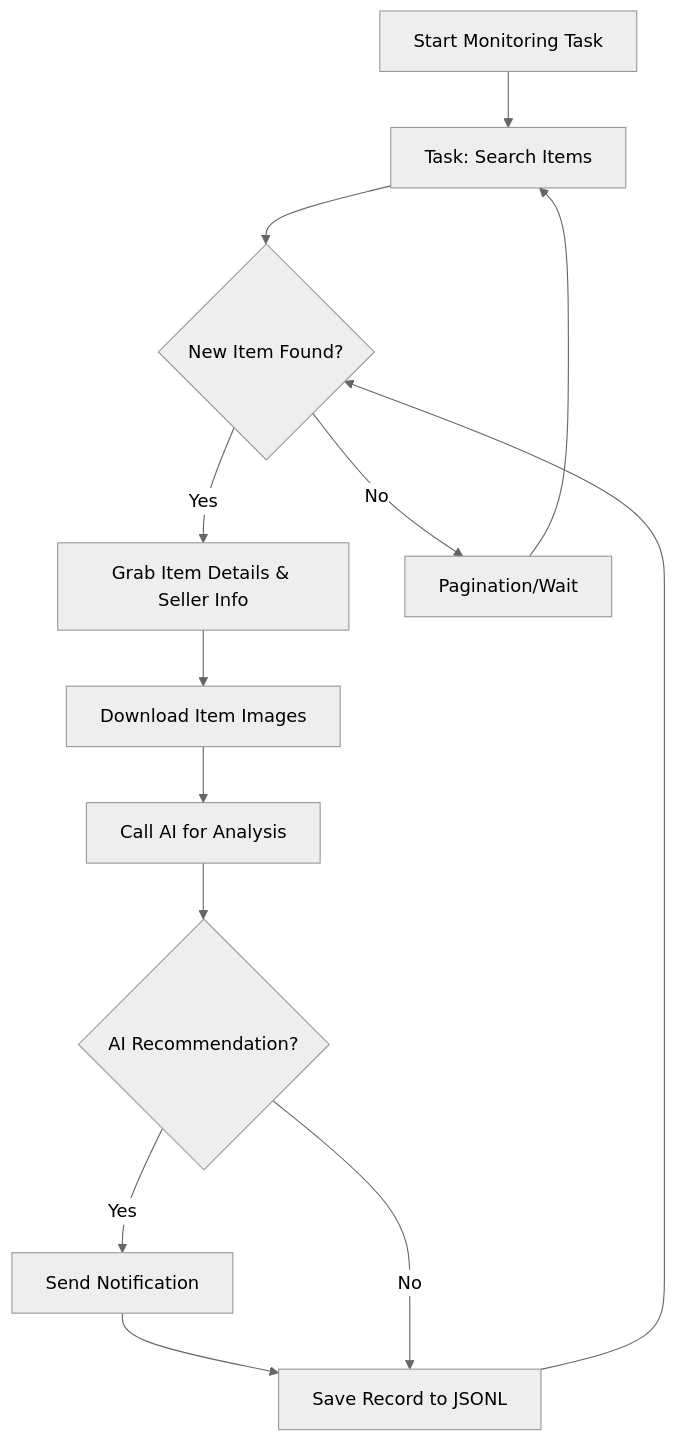
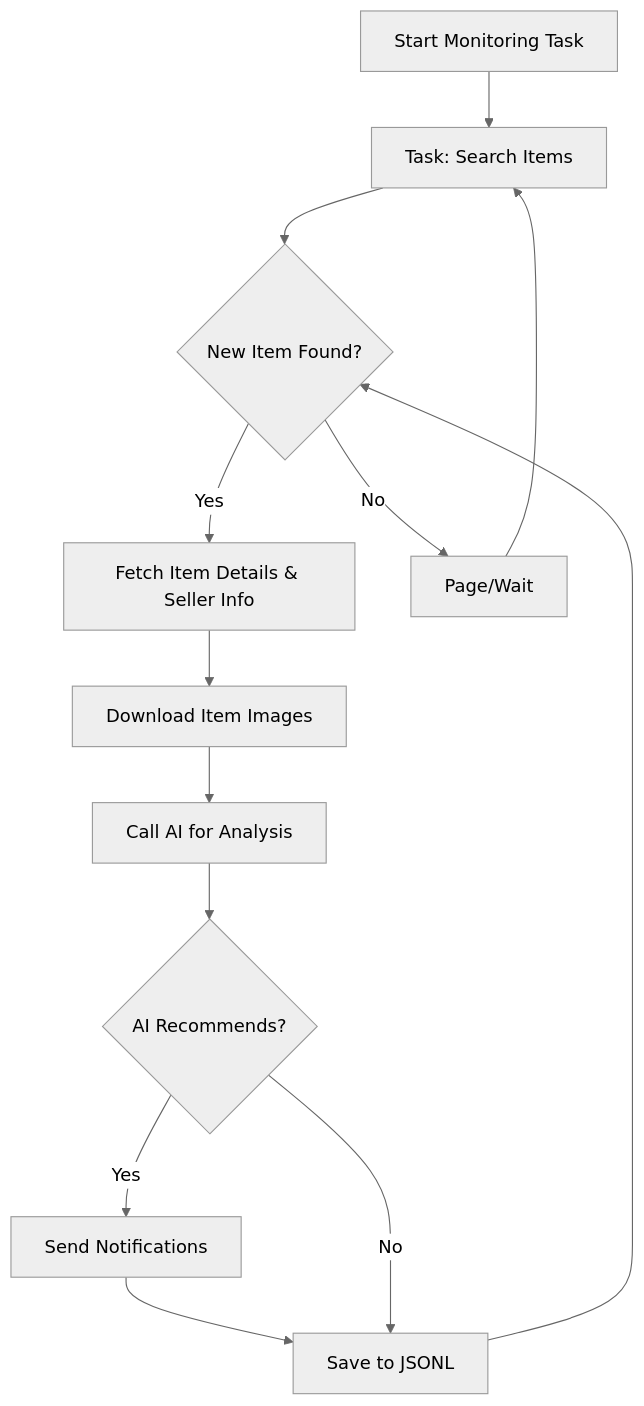
The diagram in docs/dingyufei615-ai-goofish-monitor.md (saurav-z/repo-docs), drawn with Mermaid (neutral theme) before and after one commit. The commit also changed other lines of this file and 214 other files, not shown here.

````diff
--- a/docs/dingyufei615-ai-goofish-monitor.md
+++ b/docs/dingyufei615-ai-goofish-monitor.md
@@ -20,15 +212,15 @@
 ```mermaid
 graph TD
     A[Start Monitoring Task] --> B[Task: Search Items];
     B --> C{New Item Found?};
-    C -- Yes --> D[Grab Item Details & Seller Info];
+    C -- Yes --> D[Fetch Item Details & Seller Info];
     D --> E[Download Item Images];
     E --> F[Call AI for Analysis];
-    F --> G{AI Recommendation?};
-    G -- Yes --> H[Send Notification];
-    H --> I[Save Record to JSONL];
+    F --> G{AI Recommends?};
+    G -- Yes --> H[Send Notifications];
+    H --> I[Save to JSONL];
     G -- No --> I;
-    C -- No --> J[Pagination/Wait];
+    C -- No --> J[Page/Wait];
     J --> B;
     I --> C;
 ```
````
